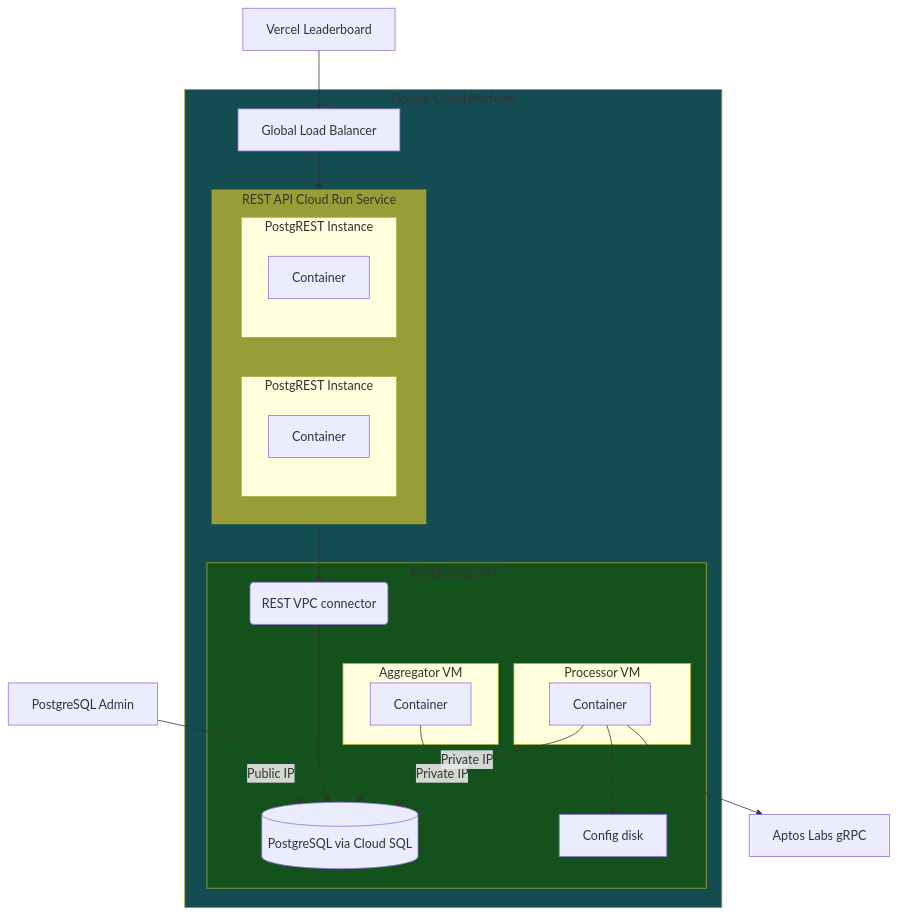
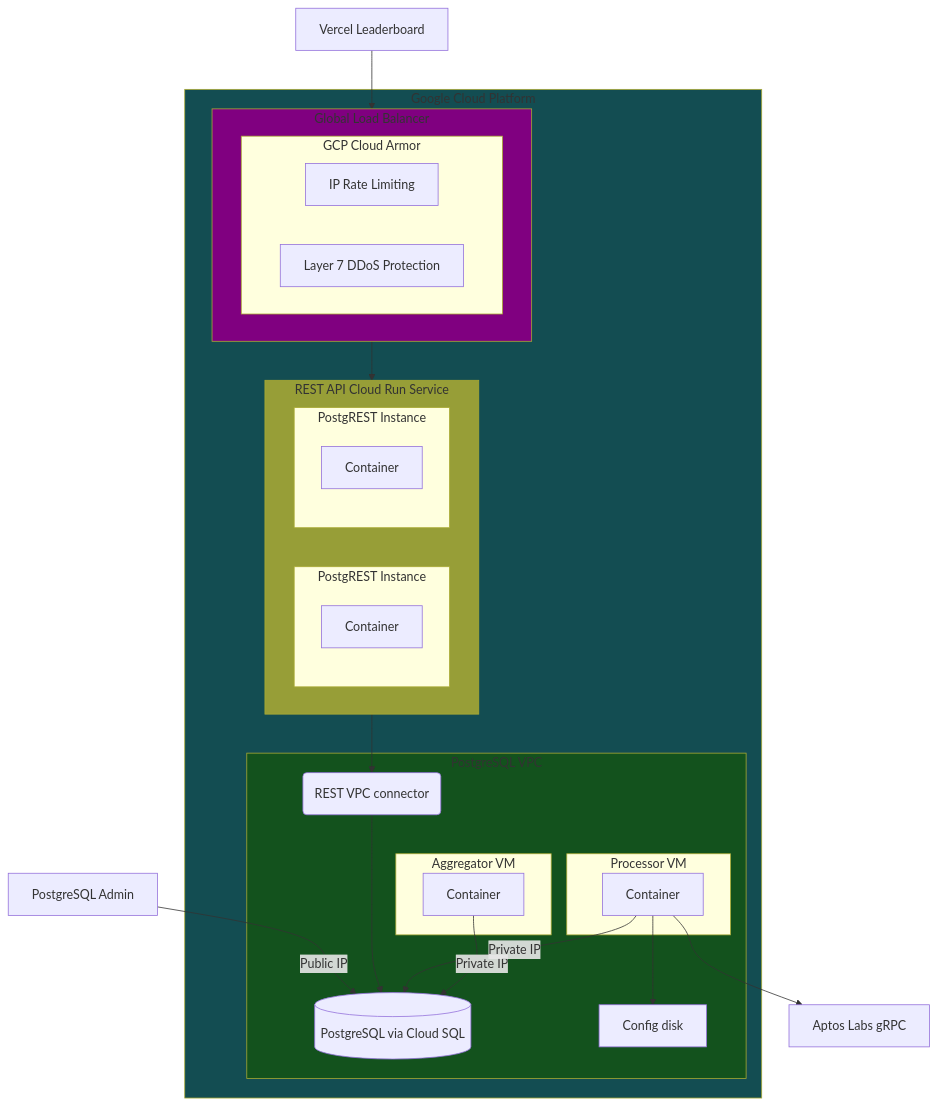
Before and after one commit to econia-labs/econia: the diagram in doc/doc-site/docs/off-chain/dss/terraform.md, drawn with Mermaid.

Commit message:
Update mermaid diagram

````diff
--- a/doc/doc-site/docs/off-chain/dss/terraform.md
+++ b/doc/doc-site/docs/off-chain/dss/terraform.md
@@ -7,40 +7,49 @@
 ```mermaid
 flowchart TB
 
 subgraph gcp[Google Cloud Platform]
+    subgraph load-balancer[Global Load Balancer]
+        subgraph armor[GCP Cloud Armor]
+        direction LR
+            rate-limiting[IP Rate Limiting]
+            ddos[Layer 7 DDoS Protection]
+        end
+    end
+    load-balancer-->rest-service
     subgraph rest-service[REST API Cloud Run Service]
         subgraph r-instance-1[PostgREST Instance]
             ri1c[Container]
         end
         subgraph r-instance-2[PostgREST Instance]
             ri2c[Container]
         end
     end
     rest-service --> rest-connector
     subgraph vpc[PostgreSQL VPC]
         aggregator-container-->|Private IP|cloud-pg
         processor-container-->|Private IP|cloud-pg
         subgraph processor-image[Processor VM]
             processor-container[Container]
         end
         subgraph aggregator-image[Aggregator VM]
             aggregator-container[Container]
         end
         processor-container-->processor_disk[Config disk]
         cloud-pg[(PostgreSQL via Cloud SQL)]
         rest-connector(REST VPC connector)--->cloud-pg
     end
-    load-balancer[Global Load Balancer]-->rest-service
 end
 processor-container-->grpc[Aptos Labs gRPC]
 pg_admin[PostgreSQL Admin]-->|Public IP|cloud-pg
 leaderboard[Vercel Leaderboard]-->load-balancer
 
-classDef gcp fill:#134d52
-classDef vpc fill:#13521d
+classDef blue fill:#134d52
+classDef green fill:#13521d
 classDef yellow fill:#979e37
-class gcp gcp;
-class vpc vpc;
+classDef purple fill:#800080
+class load-balancer purple;
+class gcp blue;
+class vpc green;
 class ws-service yellow;
 class rest-service yellow;
 ```
````
